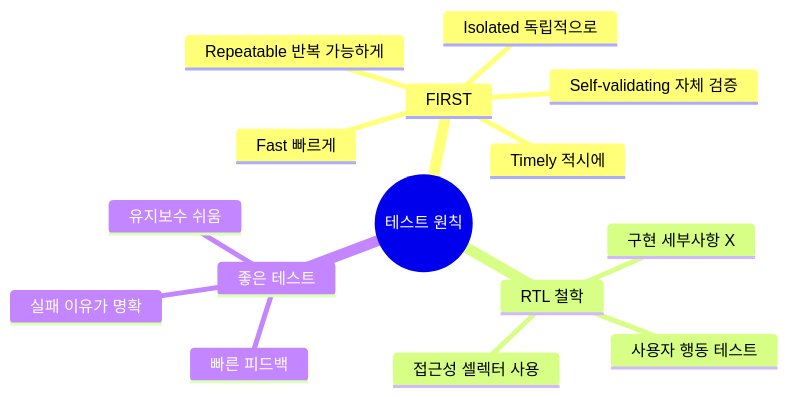
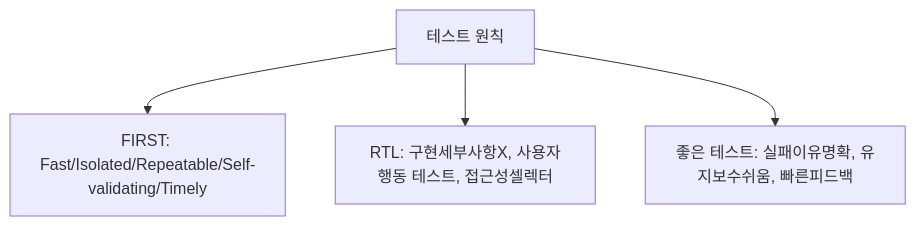
Before and after one commit to yjkim2015/yjkim2015.github.io: the second of 3 diagrams in _posts/frontend/2026-05-02-frontend-testing.md, drawn with Mermaid. The commit also changed other lines of this file and 215 other files, not shown here.

First line of the commit message:
신규 포스트 10개 추가 + Mermaid 전면 축소 + SystemDesign 시리즈 보강

````diff
--- a/_posts/frontend/2026-05-02-frontend-testing.md
+++ b/_posts/frontend/2026-05-02-frontend-testing.md
@@ -364,18 +362,7 @@
 ```mermaid
-mindmap
-  root((테스트 원칙))
-    FIRST
-      Fast 빠르게
-      Isolated 독립적으로
-      Repeatable 반복 가능하게
-      Self-validating 자체 검증
-      Timely 적시에
-    RTL 철학
-      구현 세부사항 X
-      사용자 행동 테스트
-      접근성 셀렉터 사용
-    좋은 테스트
-      실패 이유가 명확
-      유지보수 쉬움
-      빠른 피드백
+graph TD
+    ROOT["테스트 원칙"]
+    ROOT --> FIRST["FIRST: Fast/Isolated/Repeatable/Self-validating/Timely"]
+    ROOT --> RTL["RTL: 구현세부사항X, 사용자행동 테스트, 접근성셀렉터"]
+    ROOT --> GOOD["좋은 테스트: 실패이유명확, 유지보수쉬움, 빠른피드백"]
 ```
````
